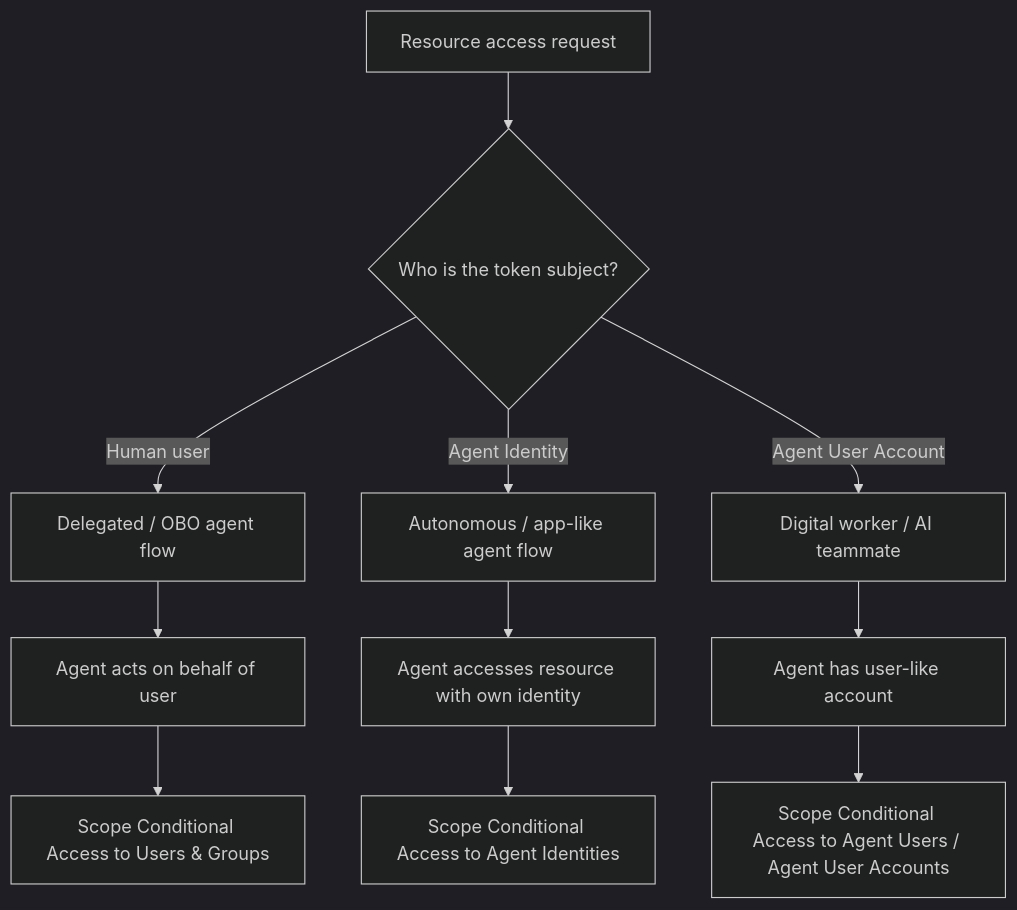
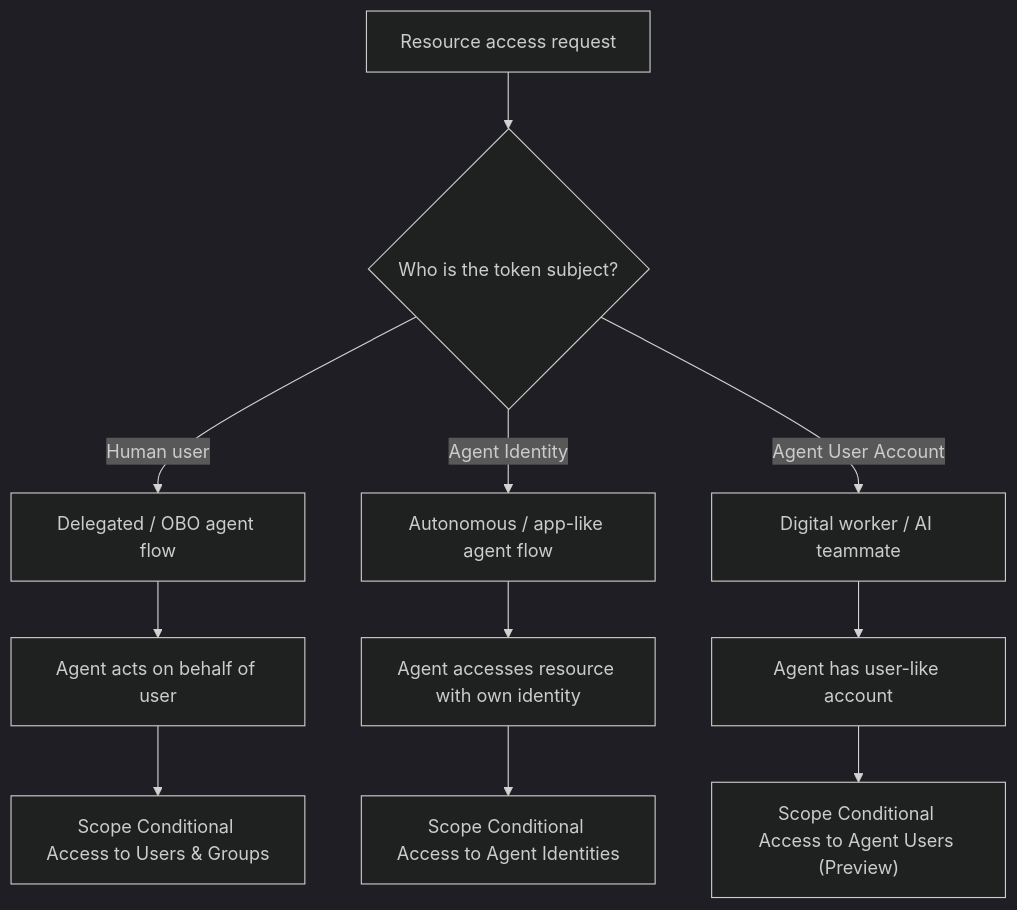
Before and after one commit to CreatineAbuserXD/Microsoft-Entra-Agent-Identity-Conditional-Access-Explained: the diagram in README.md, drawn with Mermaid (dark theme).

````diff
--- a/README.md
+++ b/README.md
@@ -12,16 +12,16 @@
 ```mermaid
 flowchart TD
     A["Resource access request"] --> B{"Who is the token subject?"}
 
     B -->|"Human user"| C["Delegated / OBO agent flow"]
     C --> C1["Agent acts on behalf of user"]
     C1 --> C2["Scope Conditional Access to Users & Groups"]
 
     B -->|"Agent Identity"| D["Autonomous / app-like agent flow"]
     D --> D1["Agent accesses resource with own identity"]
     D1 --> D2["Scope Conditional Access to Agent Identities"]
 
     B -->|"Agent User Account"| E["Digital worker / AI teammate"]
     E --> E1["Agent has user-like account"]
-    E1 --> E2["Scope Conditional Access to Agent Users / Agent User Accounts"]
+    E1 --> E2["Scope Conditional Access to Agent Users (Preview)"]
 ```
````
